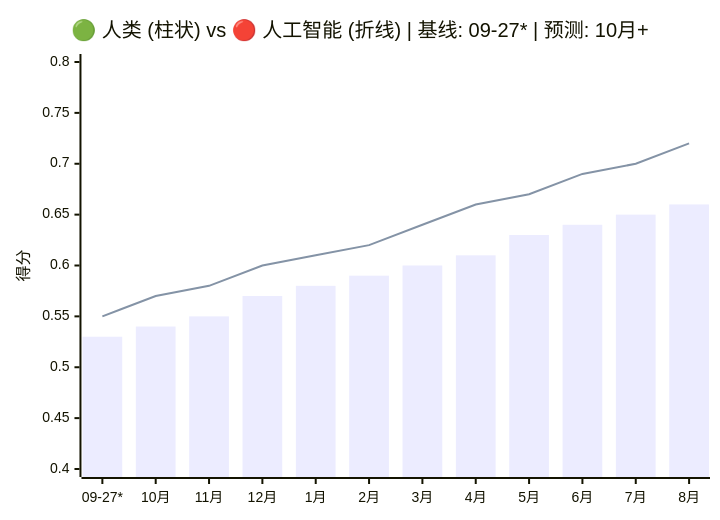
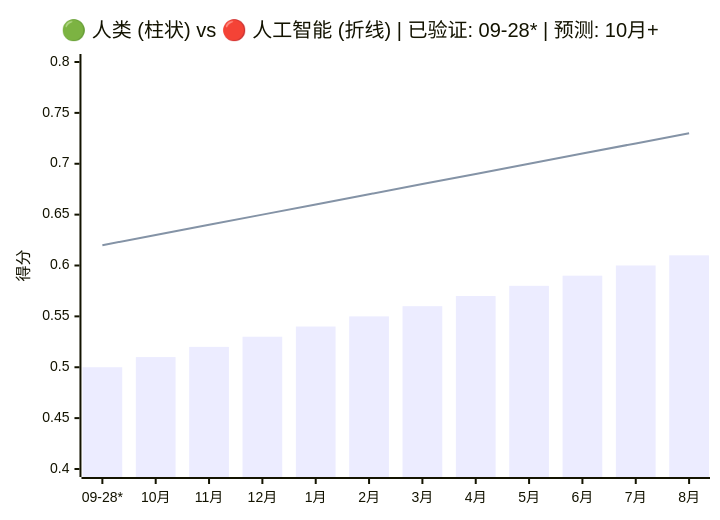
One commit to VQQLK/Human-AI-Monitor changed the first of 2 diagrams in README.zh.md. Above: the diagram before and after it, drawn with Mermaid. The commit also changed other lines of this file and 2 other files, not shown here.

````diff
--- a/README.zh.md
+++ b/README.zh.md
@@ -33,8 +34,8 @@
 ```mermaid
 xychart-beta
-    title "🟢 人类 (柱状) vs 🔴 人工智能 (折线) | 基线: 09-27* | 预测: 10月+"
-    x-axis ["09-27*", "10月", "11月", "12月", "1月", "2月", "3月", "4月", "5月", "6月", "7月", "8月"]
+    title "🟢 人类 (柱状) vs 🔴 人工智能 (折线) | 已验证: 09-28* | 预测: 10月+"
+    x-axis ["09-28*", "10月", "11月", "12月", "1月", "2月", "3月", "4月", "5月", "6月", "7月", "8月"]
     y-axis "得分" 0.40 --> 0.80
-    bar [0.53, 0.54, 0.55, 0.57, 0.58, 0.59, 0.6, 0.61, 0.63, 0.64, 0.65, 0.66]
-    line [0.55, 0.57, 0.58, 0.6, 0.61, 0.62, 0.64, 0.66, 0.67, 0.69, 0.7, 0.72]
+    bar [0.50, 0.51, 0.52, 0.53, 0.54, 0.55, 0.56, 0.57, 0.58, 0.59, 0.60, 0.61]
+    line [0.62, 0.63, 0.64, 0.65, 0.66, 0.67, 0.68, 0.69, 0.70, 0.71, 0.72, 0.73]
 ```
````
